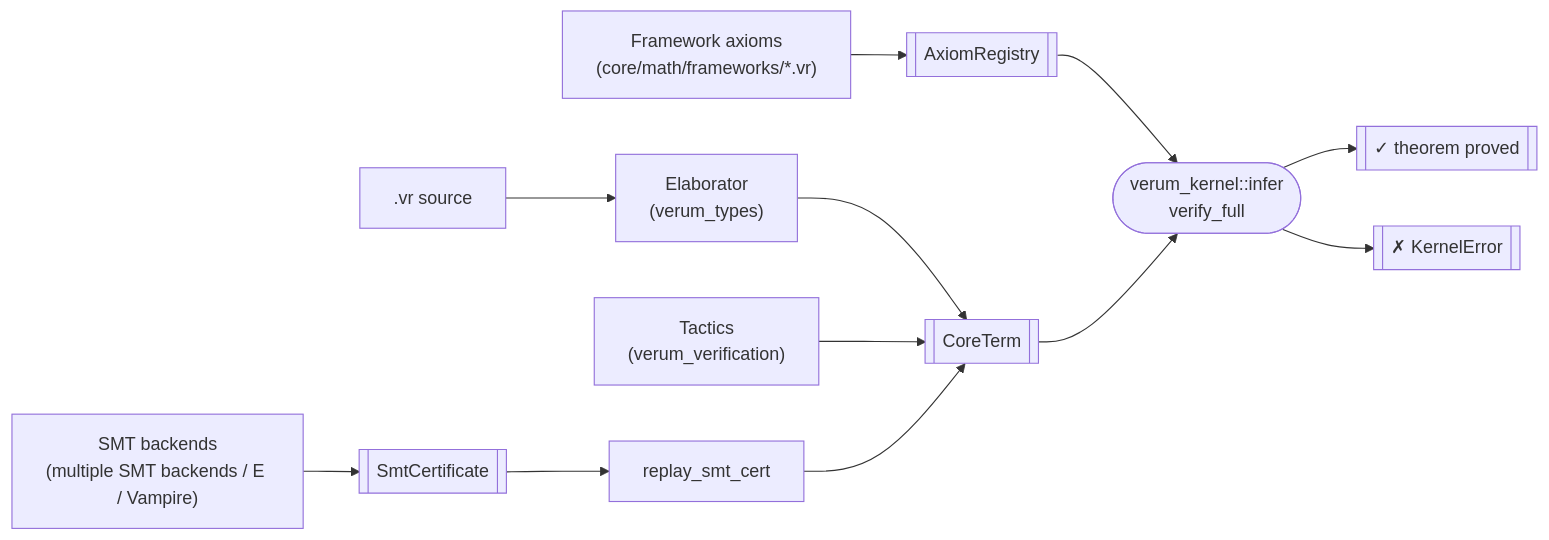
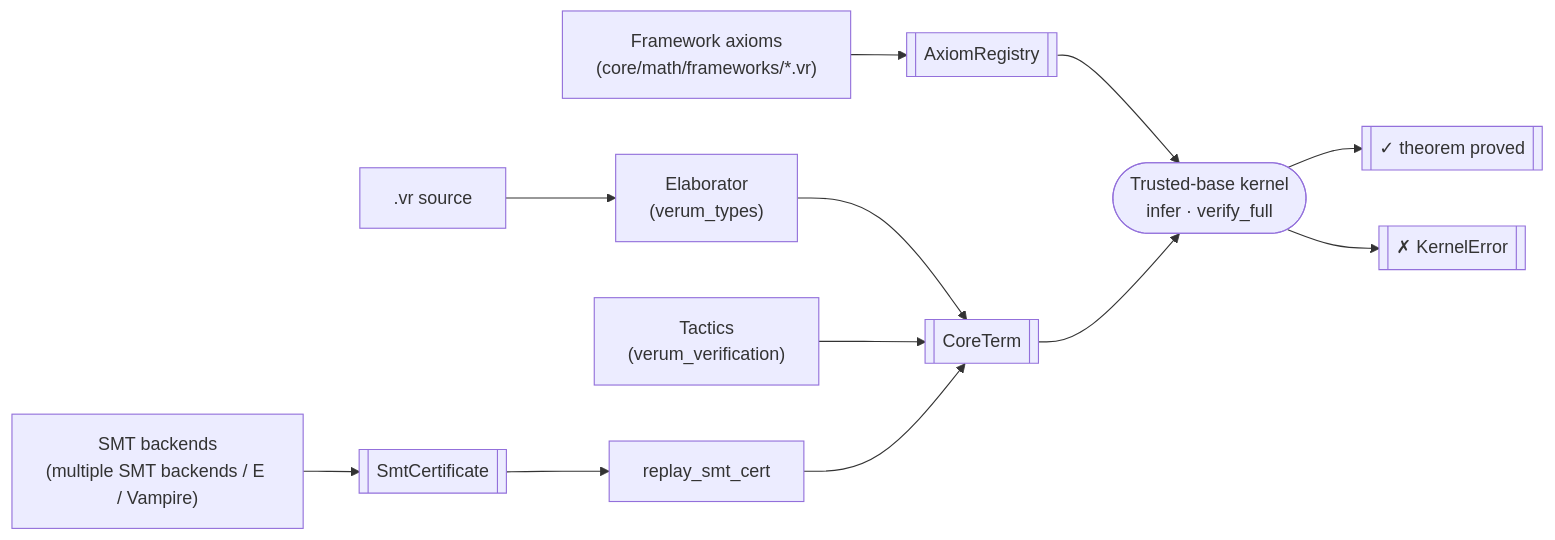
One commit to verum-lang/website changed the diagram in docs/architecture/trusted-kernel.md. Above: the diagram before and after it, drawn with Mermaid. The commit also changed other lines of this file and 6 other files, not shown here.

````diff
--- a/docs/architecture/trusted-kernel.md
+++ b/docs/architecture/trusted-kernel.md
@@ -24,14 +24,14 @@
 ```mermaid
 flowchart LR
     SRC[".vr source"] --> EL["Elaborator<br/>(verum_types)"]
     EL --> CT[["CoreTerm"]]
     TAC["Tactics<br/>(verum_verification)"] --> CT
     SMT["SMT backends<br/>(multiple SMT backends / E / Vampire)"] --> CERT[["SmtCertificate"]]
     CERT --> REPLAY["replay_smt_cert"]
     REPLAY --> CT
     FW["Framework axioms<br/>(core/math/frameworks/*.vr)"] --> REG[["AxiomRegistry"]]
-    REG --> KR(["verum_kernel::infer<br/>verify_full"])
+    REG --> KR(["Trusted-base kernel<br/>infer · verify_full"])
     CT --> KR
     KR --> OK[["✓ theorem proved"]]
     KR --> ERR[["✗ KernelError"]]
 ```
````
